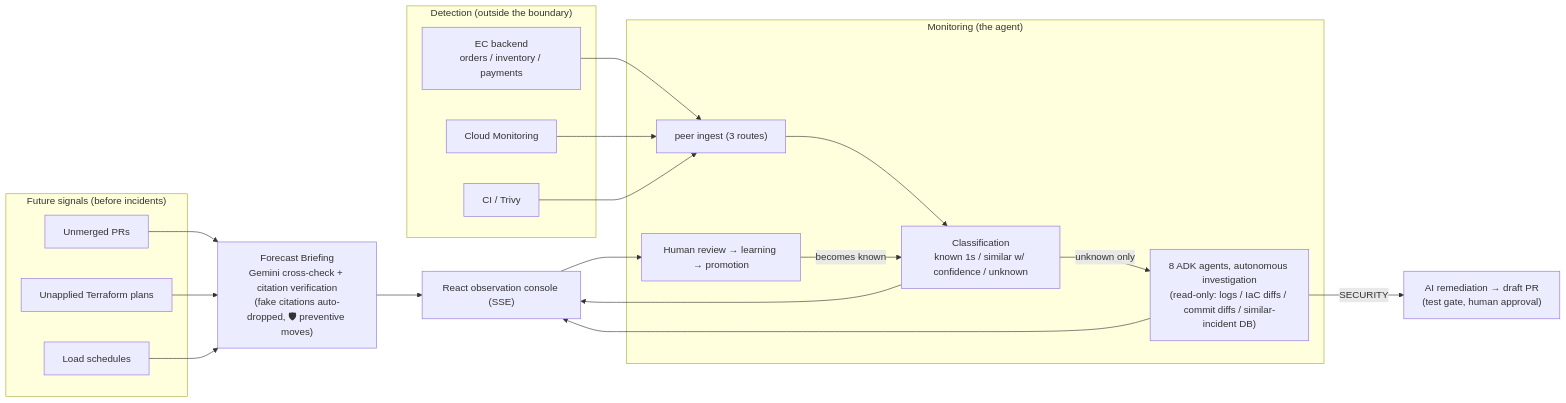
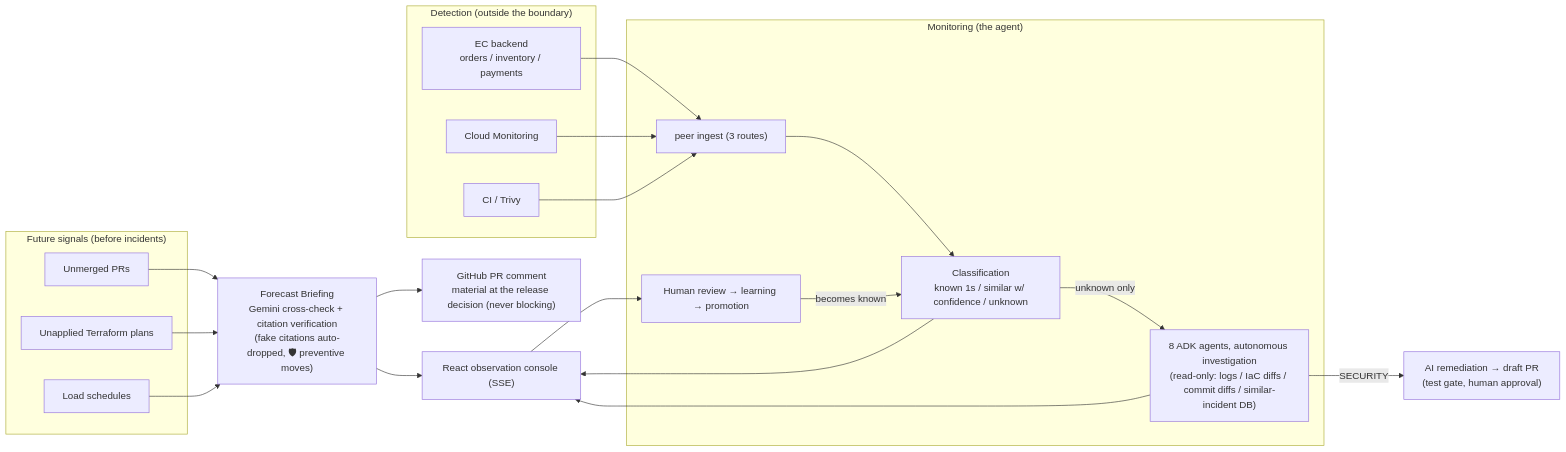
Before and after one commit to nagoyamanaka/ec-monitoring-agent: the diagram in README.en.md, drawn with Mermaid. The commit also changed other lines of this file and 6 other files, not shown here.

````diff
--- a/README.en.md
+++ b/README.en.md
@@ -35,28 +38,30 @@
 ```mermaid
 flowchart LR
   subgraph future["Future signals (before incidents)"]
     PR["Unmerged PRs"]
     PLAN["Unapplied Terraform plans"]
     SCH["Load schedules"]
   end
   FC["Forecast Briefing<br/>Gemini cross-check + citation verification<br/>(fake citations auto-dropped, 🛡 preventive moves)"]
+  PRC["GitHub PR comment<br/>material at the release decision (never blocking)"]
   subgraph detect["Detection (outside the boundary)"]
     EC["EC backend<br/>orders / inventory / payments"]
     CM["Cloud Monitoring"]
     CI["CI / Trivy"]
   end
   subgraph mon["Monitoring (the agent)"]
     ING["peer ingest (3 routes)"]
     CLS["Classification<br/>known 1s / similar w/ confidence / unknown"]
     ADK["8 ADK agents, autonomous investigation<br/>(read-only: logs / IaC diffs / commit diffs / similar-incident DB)"]
     FB["Human review → learning → promotion"]
   end
   UI["React observation console (SSE)"]
   REM["AI remediation → draft PR<br/>(test gate, human approval)"]
 
   PR & PLAN & SCH --> FC --> UI
+  FC --> PRC
   EC & CM & CI --> ING --> CLS
   CLS -->|unknown only| ADK --> UI
   CLS --> UI --> FB -->|becomes known| CLS
   ADK -->|SECURITY| REM
 ```
````
